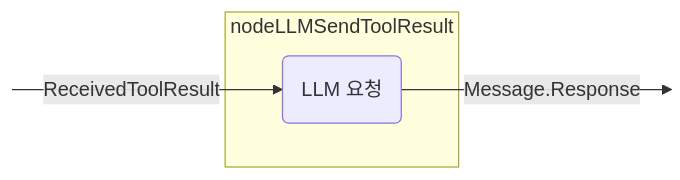
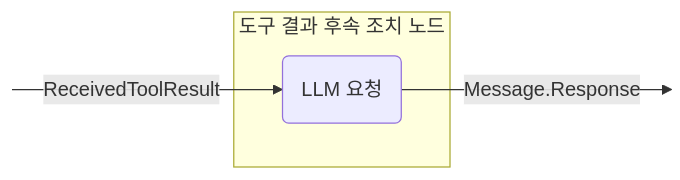
One commit to BinaryTape/Open-Docs changed diagram 12 of 15 in docs/ko/koog/nodes-and-components.md. Above: the diagram before and after it, drawn with Mermaid. The commit also changed other lines of this file and 164 other files, not shown here.

````diff
--- a/docs/ko/koog/nodes-and-components.md
+++ b/docs/ko/koog/nodes-and-components.md
@@ -638,13 +637,13 @@
 ```mermaid
 graph LR
     in:::hidden
     out:::hidden
     
-    subgraph node ["nodeLLMSendToolResult"]
+    subgraph node ["도구 결과 후속 조치 노드"]
         execute(LLM 요청)
     end
     
     in --ReceivedToolResult--> execute --Message.Response--> out
 
     classDef hidden display: none;
 ```
````
